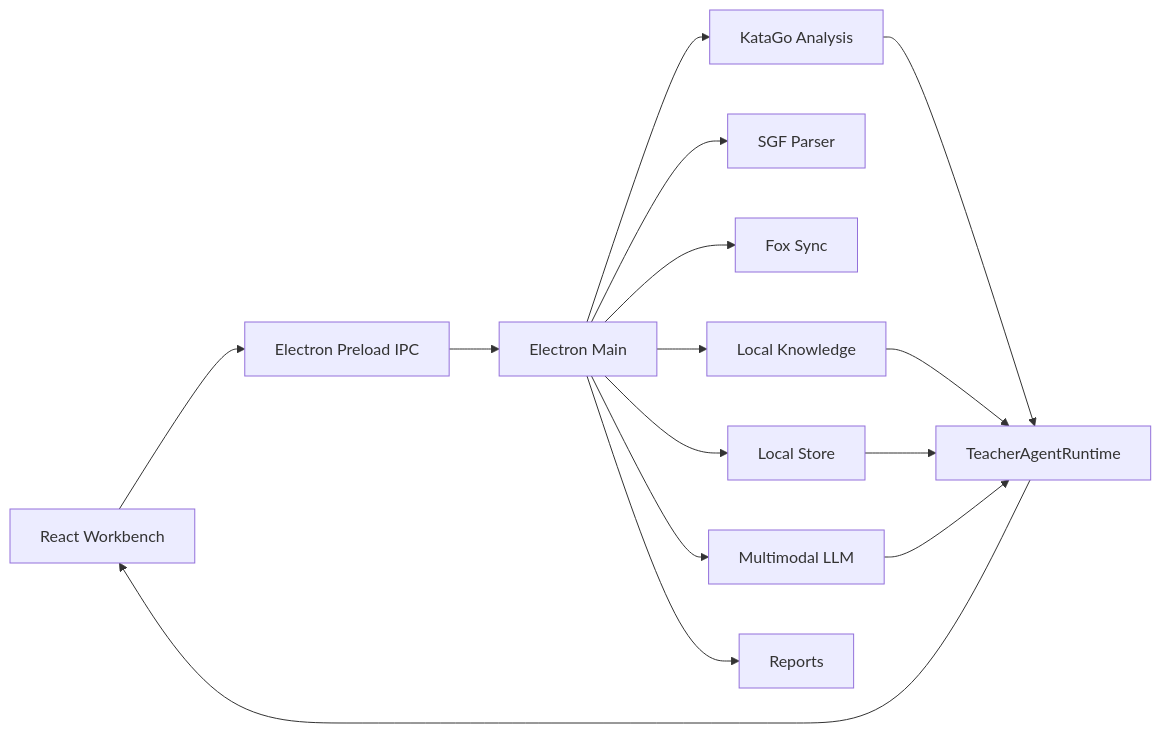
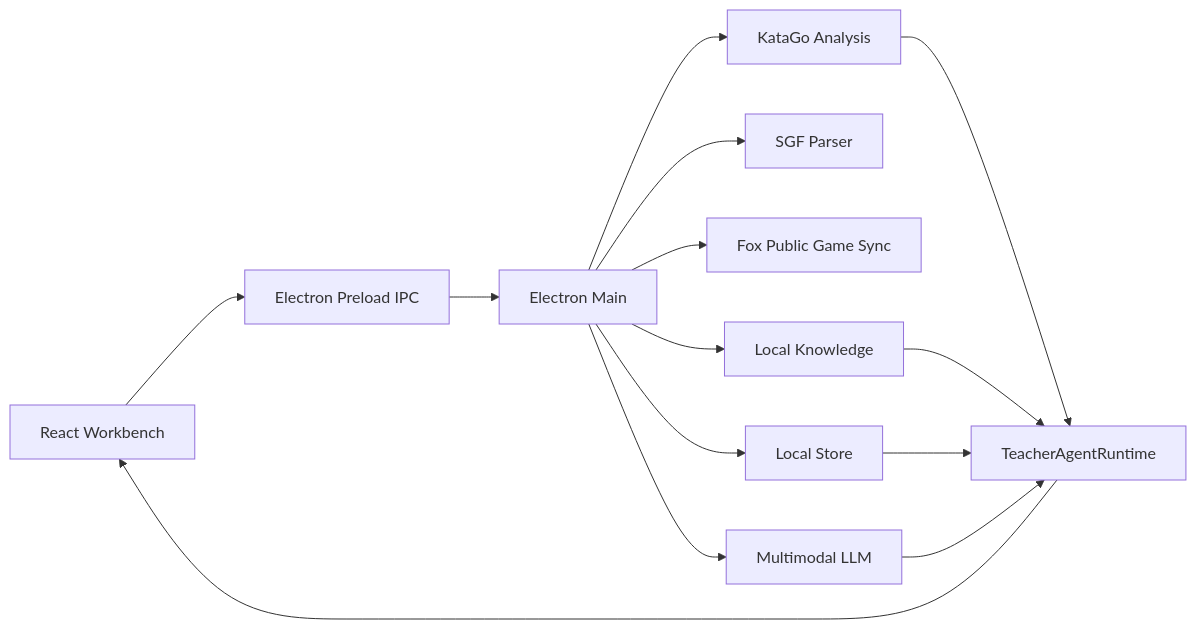
Before and after one commit to wimi321/katasensei: the diagram in README_EN.md, drawn with Mermaid. The commit also changed other lines of this file and 4 other files, not shown here.

````diff
--- a/README_EN.md
+++ b/README_EN.md
@@ -44,17 +94,16 @@
 ```mermaid
 flowchart LR
   UI["React Workbench"] --> IPC["Electron Preload IPC"]
   IPC --> Main["Electron Main"]
   Main --> Store["Local Store"]
   Main --> SGF["SGF Parser"]
-  Main --> Fox["Fox Sync"]
+  Main --> Fox["Fox Public Game Sync"]
   Main --> KataGo["KataGo Analysis"]
   Main --> KB["Local Knowledge"]
   Main --> LLM["Multimodal LLM"]
-  Main --> Reports["Reports"]
   KataGo --> Agent["TeacherAgentRuntime"]
   KB --> Agent
   Store --> Agent
   LLM --> Agent
   Agent --> UI
 ```
````
